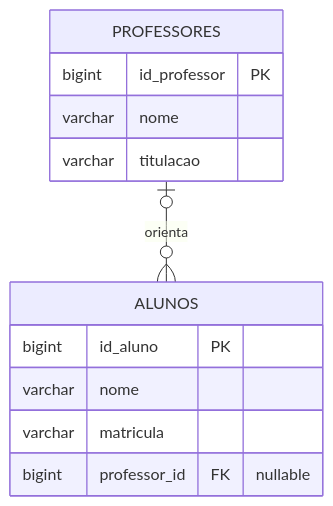
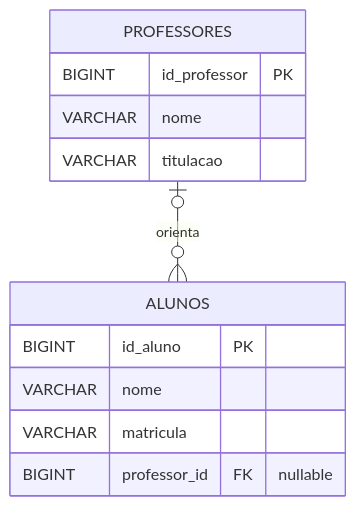
One commit to DSM-Fatec-Jahu/BDR-DSM-2026-2 changed diagram 13 of 13 in docs/aulas/Cardinalidade_MER_Completo.md. Above: the diagram before and after it, drawn with Mermaid. The commit also changed other lines of this file and 2 other files, not shown here.

First line of the commit message:
Padroniza tipos SQL em MAIÚSCULAS nos diagramas (Regra 3)

````diff
--- a/docs/aulas/Cardinalidade_MER_Completo.md
+++ b/docs/aulas/Cardinalidade_MER_Completo.md
@@ -619,17 +619,17 @@
 ```mermaid
 erDiagram
     PROFESSORES {
-        bigint id_professor PK
-        varchar nome
-        varchar titulacao
+        BIGINT id_professor PK
+        VARCHAR nome
+        VARCHAR titulacao
     }
 
     ALUNOS {
-        bigint id_aluno PK
-        varchar nome
-        varchar matricula
-        bigint professor_id FK "nullable"
+        BIGINT id_aluno PK
+        VARCHAR nome
+        VARCHAR matricula
+        BIGINT professor_id FK "nullable"
     }
 
     PROFESSORES |o--o{ ALUNOS : "orienta"
 ```
````
